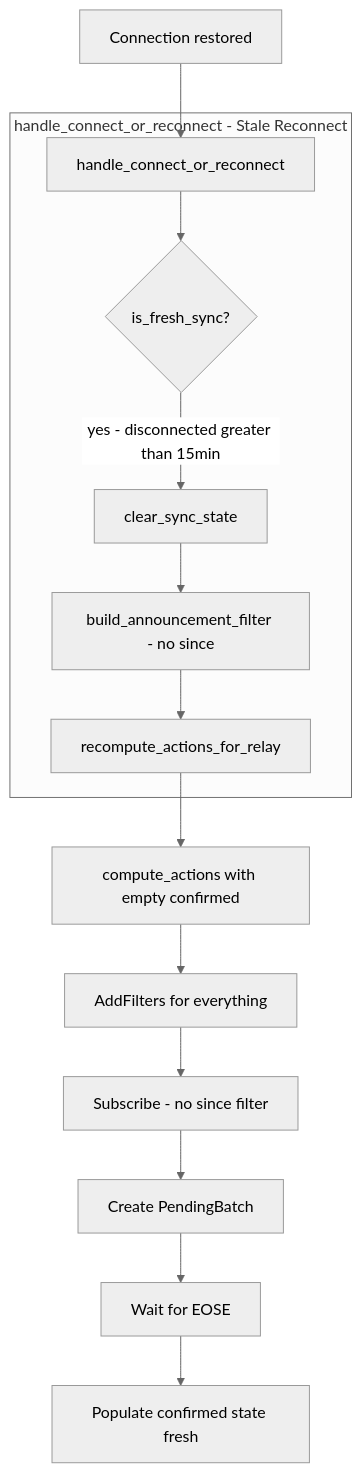
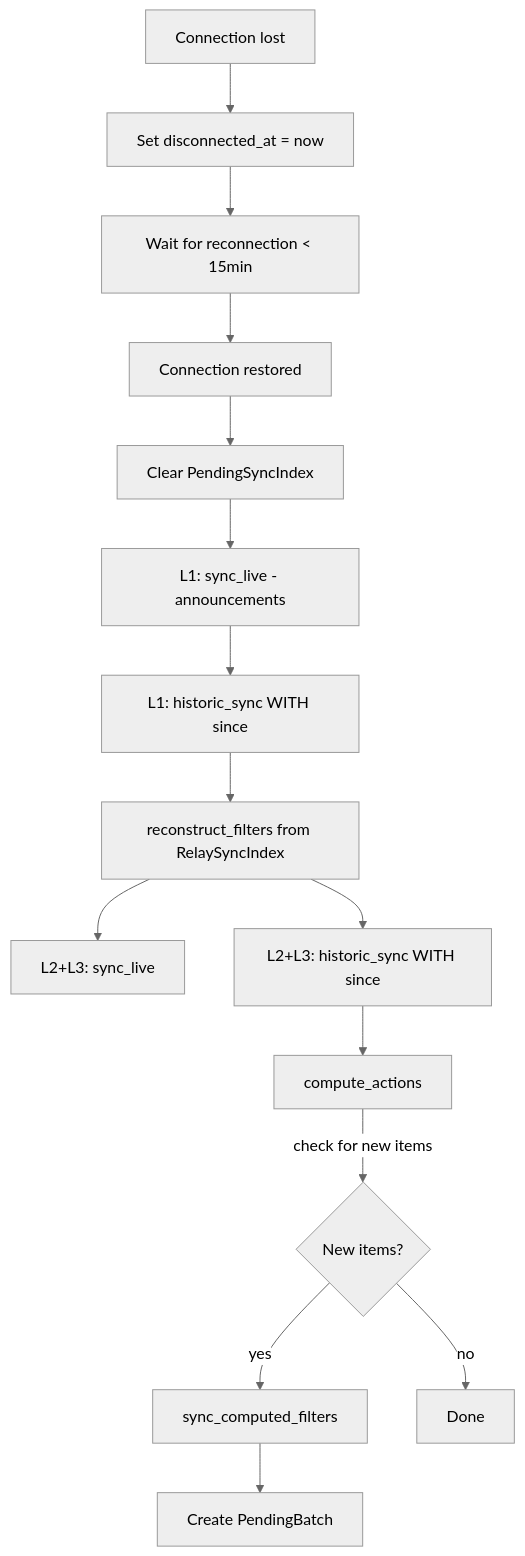
One commit to Pleb5/ngit-grasp changed the fourth of 9 diagrams in docs/explanation/grasp-02-proactive-sync.md. Above: the diagram before and after it, drawn with Mermaid (neutral theme). The commit also changed other lines of this file and 3 other files, not shown here.

````diff
--- a/docs/explanation/grasp-02-proactive-sync.md
+++ b/docs/explanation/grasp-02-proactive-sync.md
@@ -220,18 +242,17 @@
 ```mermaid
 flowchart TB
-    RECONN[Connection restored] --> HC[handle_connect_or_reconnect]
-
-    subgraph handle_connect_or_reconnect - Stale Reconnect
-        HC --> CHECK{is_fresh_sync?}
-        CHECK --> |yes - disconnected greater than 15min| CLEAR[clear_sync_state]
-        CLEAR --> L1[build_announcement_filter - no since]
-        L1 --> RCA[recompute_actions_for_relay]
-    end
-
-    RCA --> CA[compute_actions with empty confirmed]
-    CA --> AF[AddFilters for everything]
-    AF --> SUB[Subscribe - no since filter]
-    SUB --> PB[Create PendingBatch]
-    PB --> EOSE[Wait for EOSE]
-    EOSE --> CONFIRM[Populate confirmed state fresh]
+    DISC[Connection lost] --> MARK[Set disconnected_at = now]
+    MARK --> WAIT[Wait for reconnection < 15min]
+    WAIT --> RECONN[Connection restored]
+    RECONN --> CLEAR_PSI[Clear PendingSyncIndex]
+    CLEAR_PSI --> L1_LIVE[L1: sync_live - announcements]
+    L1_LIVE --> L1_HIST[L1: historic_sync WITH since]
+    L1_HIST --> RECON[reconstruct_filters from RelaySyncIndex]
+    RECON --> L23_LIVE[L2+L3: sync_live]
+    RECON --> L23_HIST[L2+L3: historic_sync WITH since]
+    L23_HIST --> CA[compute_actions]
+    CA --> |check for new items| AF{New items?}
+    AF --> |yes| SFRE[sync_computed_filters]
+    AF --> |no| DONE[Done]
+    SFRE --> PB[Create PendingBatch]
 ```
````
